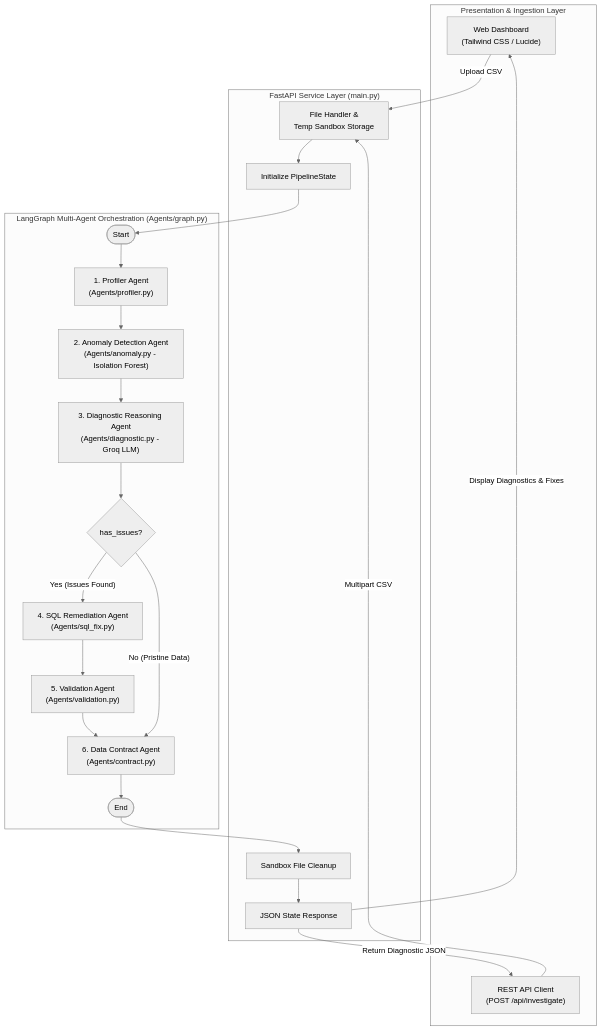
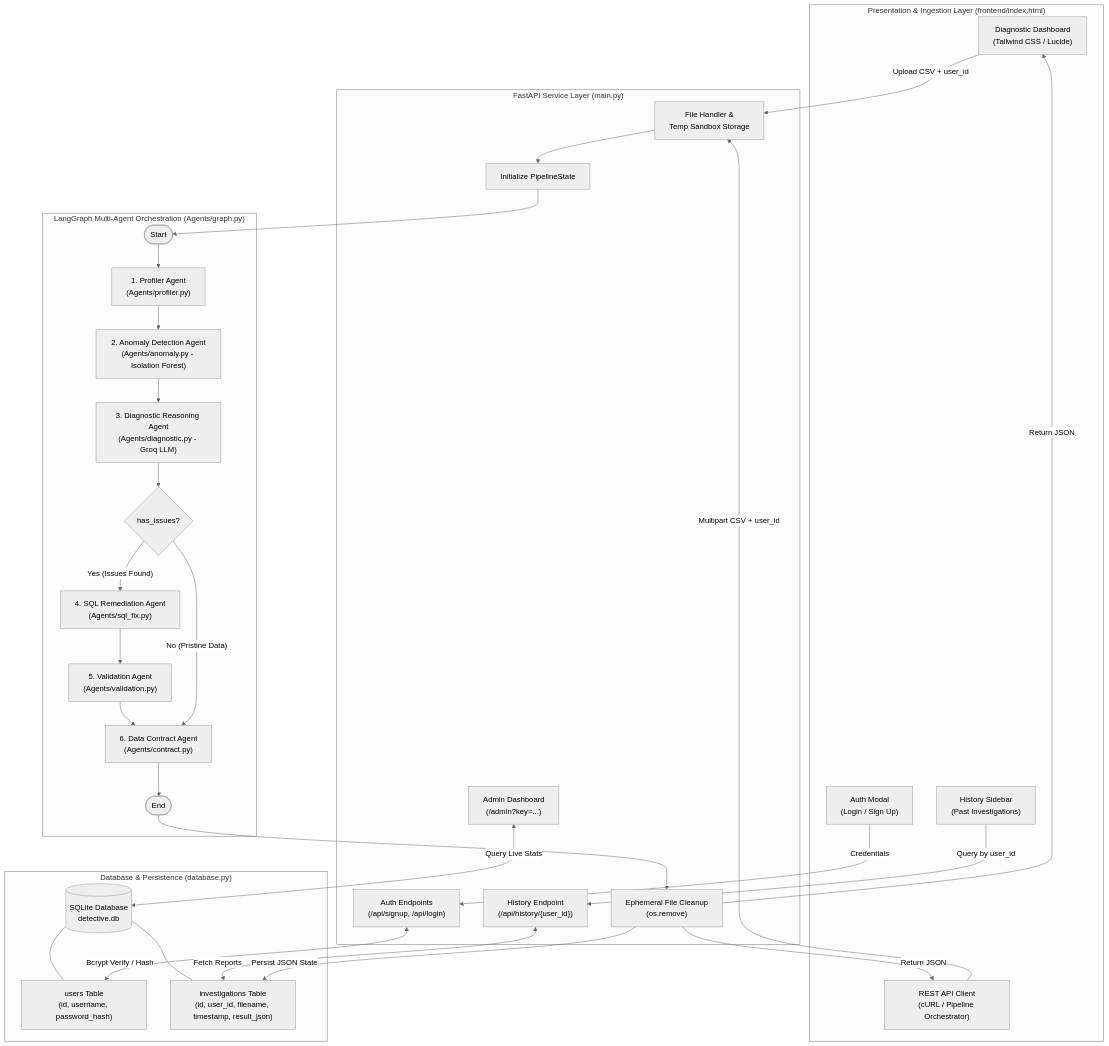
Before and after one commit to PJ-21-code/DataPipelineDetective: the first of 3 diagrams in README.md, drawn with Mermaid (neutral theme). The commit also changed other lines of this file, not shown here.

````diff
--- a/README.md
+++ b/README.md
@@ -88,39 +102,57 @@
 ```mermaid
 flowchart TD
-    subgraph Client ["Presentation & Ingestion Layer"]
-        UI["Web Dashboard<br/>(Tailwind CSS / Lucide)"]
-        API_CALL["REST API Client<br/>(POST /api/investigate)"]
+    subgraph Client ["Presentation & Ingestion Layer (frontend/index.html)"]
+        AUTH_UI["Auth Modal<br/>(Login / Sign Up)"]
+        HIST_UI["History Sidebar<br/>(Past Investigations)"]
+        DASH_UI["Diagnostic Dashboard<br/>(Tailwind CSS / Lucide)"]
+        API_CALL["REST API Client<br/>(cURL / Pipeline Orchestrator)"]
     end
 
     subgraph Server ["FastAPI Service Layer (main.py)"]
+        AUTH_EP["Auth Endpoints<br/>(/api/signup, /api/login)"]
+        HIST_EP["History Endpoint<br/>(/api/history/{user_id})"]
         UPLOAD["File Handler &<br/>Temp Sandbox Storage"]
         STATE_INIT["Initialize PipelineState"]
-        CLEANUP["Sandbox File Cleanup"]
-        RESPONSE["JSON State Response"]
+        CLEANUP["Ephemeral File Cleanup<br/>(os.remove)"]
+        ADMIN_EP["Admin Dashboard<br/>(/admin?key=...)"]
+    end
+
+    subgraph DB ["Database & Persistence (database.py)"]
+        SQLITE[("SQLite Database<br/>detective.db")]
+        TBL_USERS["users Table<br/>(id, username, password_hash)"]
+        TBL_INV["investigations Table<br/>(id, user_id, filename, timestamp, result_json)"]
+        SQLITE --- TBL_USERS
+        SQLITE --- TBL_INV
     end
 
     subgraph LangGraph ["LangGraph Multi-Agent Orchestration (Agents/graph.py)"]
         START_NODE(["Start"]) --> AG1["1. Profiler Agent<br/>(Agents/profiler.py)"]
         AG1 --> AG2["2. Anomaly Detection Agent<br/>(Agents/anomaly.py - Isolation Forest)"]
         AG2 --> AG3["3. Diagnostic Reasoning Agent<br/>(Agents/diagnostic.py - Groq LLM)"]
         
         AG3 --> DECISION{"has_issues?"}
         
         DECISION -->|"Yes (Issues Found)"| AG4["4. SQL Remediation Agent<br/>(Agents/sql_fix.py)"]
         AG4 --> AG5["5. Validation Agent<br/>(Agents/validation.py)"]
         AG5 --> AG6["6. Data Contract Agent<br/>(Agents/contract.py)"]
         
         DECISION -->|"No (Pristine Data)"| AG6
         
         AG6 --> END_NODE(["End"])
     end
 
-    UI -->|Upload CSV| UPLOAD
-    API_CALL -->|Multipart CSV| UPLOAD
+    AUTH_UI -->|Credentials| AUTH_EP
+    AUTH_EP <-->|Bcrypt Verify / Hash| TBL_USERS
+    HIST_UI -->|Query by user_id| HIST_EP
+    HIST_EP <-->|Fetch Reports| TBL_INV
+
+    DASH_UI -->|Upload CSV + user_id| UPLOAD
+    API_CALL -->|Multipart CSV + user_id| UPLOAD
     UPLOAD --> STATE_INIT
     STATE_INIT --> START_NODE
     END_NODE --> CLEANUP
-    CLEANUP --> RESPONSE
-    RESPONSE -->|Display Diagnostics & Fixes| UI
-    RESPONSE -->|Return Diagnostic JSON| API_CALL
+    CLEANUP -->|Persist JSON State| TBL_INV
+    CLEANUP -->|Return JSON| DASH_UI
+    CLEANUP -->|Return JSON| API_CALL
+    ADMIN_EP <-->|Query Live Stats| SQLITE
 ```
````
